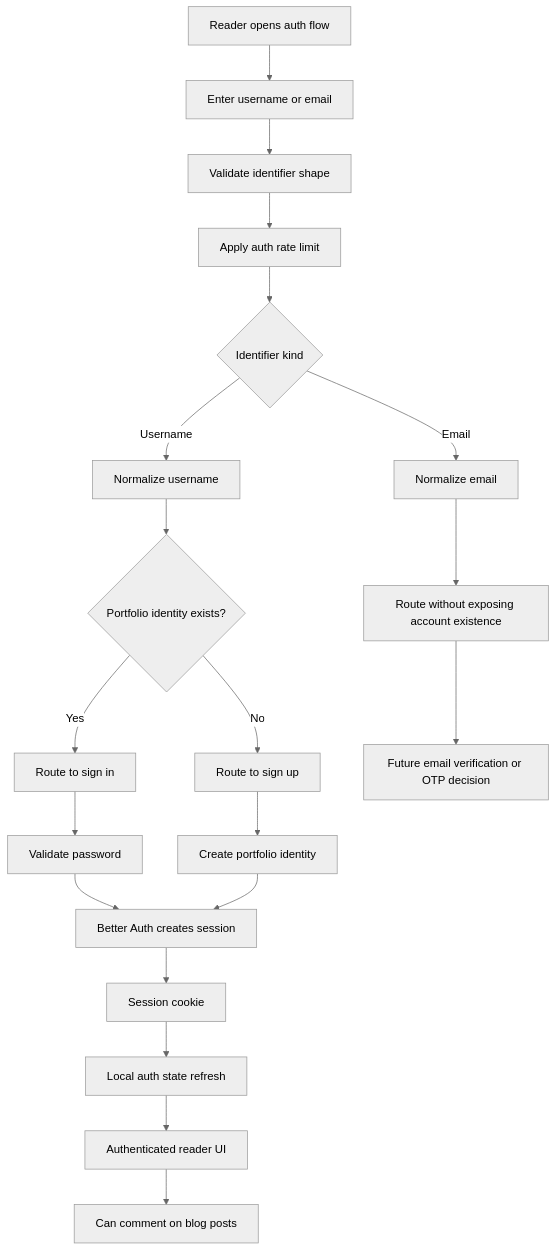
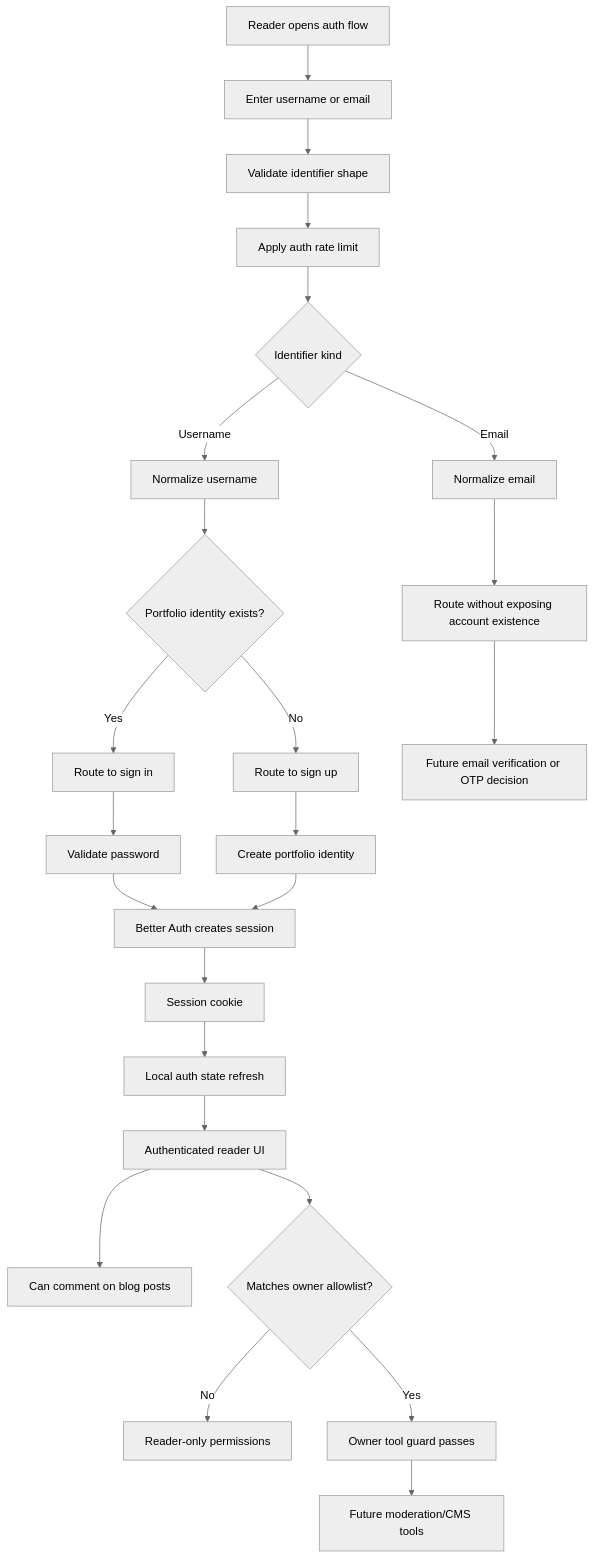
One commit to TheThouZands/portfolio changed the diagram in analysis/design/diagrams/pf-diag-003-auth-identifier-session-flow.md. Above: the diagram before and after it, drawn with Mermaid (neutral theme). The commit also changed other lines of this file and 19 other files, not shown here.

````diff
--- a/analysis/design/diagrams/pf-diag-003-auth-identifier-session-flow.md
+++ b/analysis/design/diagrams/pf-diag-003-auth-identifier-session-flow.md
@@ -21,26 +22,30 @@
 ```mermaid
 flowchart TD
   A["Reader opens auth flow"] --> B["Enter username or email"]
   B --> C["Validate identifier shape"]
   C --> D["Apply auth rate limit"]
   D --> E{"Identifier kind"}
 
   E -->|Username| F["Normalize username"]
   F --> G{"Portfolio identity exists?"}
   G -->|Yes| H["Route to sign in"]
   G -->|No| I["Route to sign up"]
 
   E -->|Email| J["Normalize email"]
   J --> K["Route without exposing account existence"]
   K --> L["Future email verification or OTP decision"]
 
   H --> M["Validate password"]
   I --> N["Create portfolio identity"]
   M --> O["Better Auth creates session"]
   N --> O
 
   O --> P["Session cookie"]
   P --> Q["Local auth state refresh"]
   Q --> R["Authenticated reader UI"]
   R --> S["Can comment on blog posts"]
+  R --> T{"Matches owner allowlist?"}
+  T -->|No| U["Reader-only permissions"]
+  T -->|Yes| V["Owner tool guard passes"]
+  V --> W["Future moderation/CMS tools"]
 ```
````
